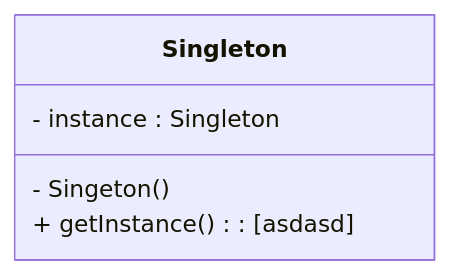
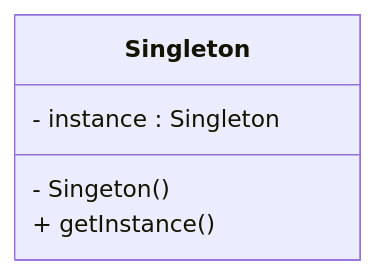
Before and after one commit to janmarkuslanger/software-architecture-guide: the first of 2 diagrams in README.md, drawn with Mermaid.

Commit message:
Clean up

````diff
--- a/README.md
+++ b/README.md
@@ -291,8 +291,8 @@
 ``` mermaid
 classDiagram
     class Singleton {
         - instance : Singleton
         - Singeton()
-        + getInstance() : [asdasd]
+        + getInstance()
     }
 ```
````
